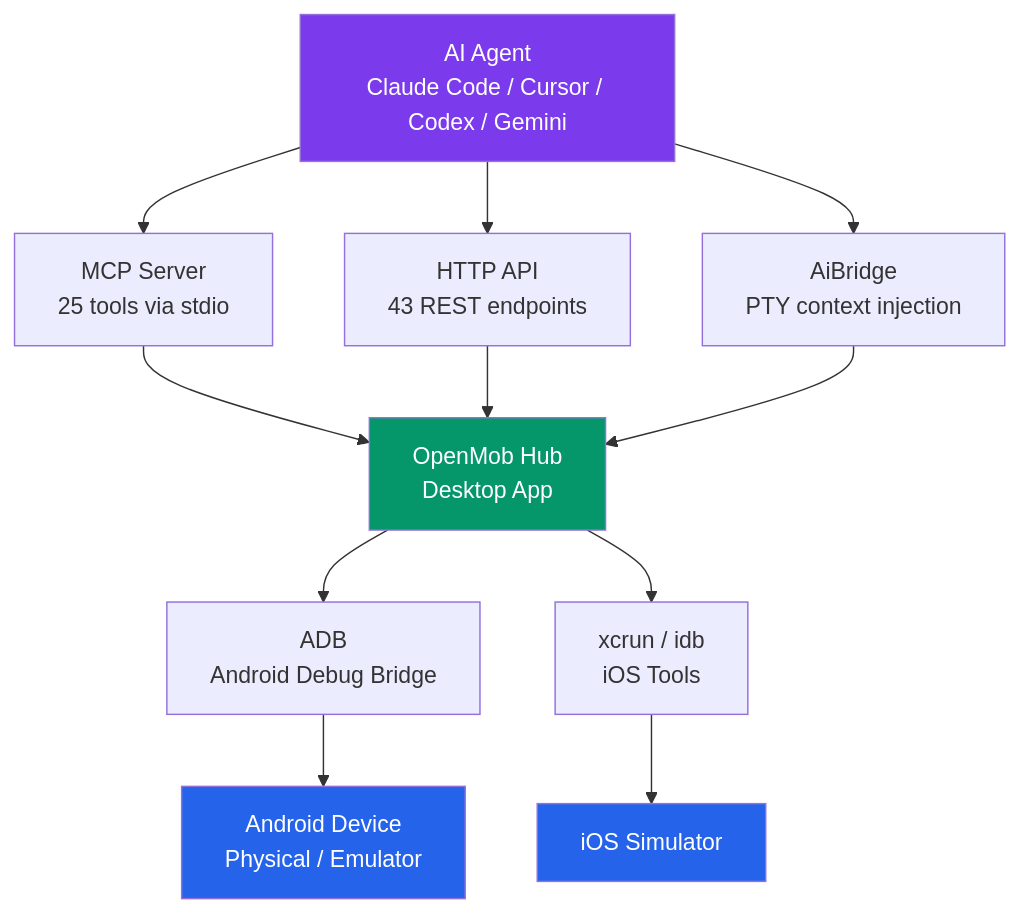
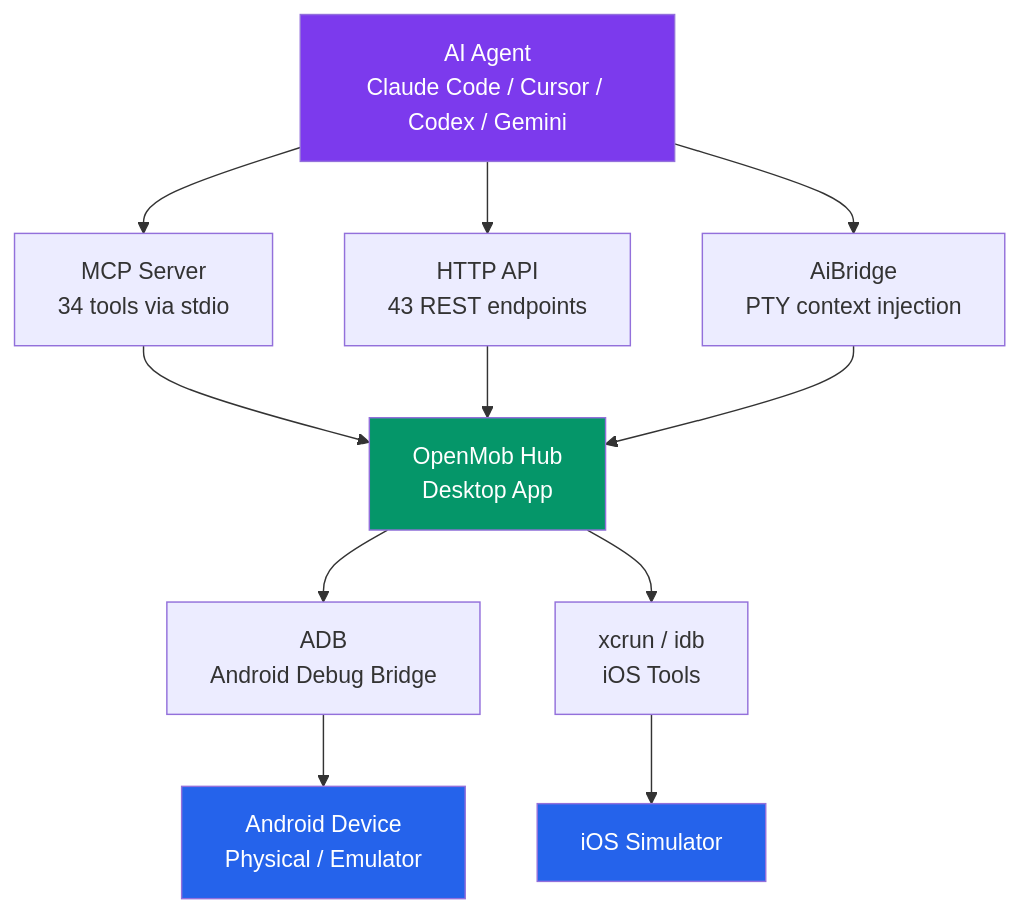
Before and after one commit to wm-jenildgohel/openmob: the diagram in README.md, drawn with Mermaid. The commit also changed other lines of this file and 2 other files, not shown here.

````diff
--- a/README.md
+++ b/README.md
@@ -39,18 +39,18 @@
 ```mermaid
 graph TD
-    A[AI Agent<br/>Claude Code / Cursor / Codex / Gemini] --> B[MCP Server<br/>25 tools via stdio]
+    A[AI Agent<br/>Claude Code / Cursor / Codex / Gemini] --> B[MCP Server<br/>34 tools via stdio]
     A --> C[HTTP API<br/>43 REST endpoints]
     A --> D[AiBridge<br/>PTY context injection]
     B --> E[OpenMob Hub<br/>Desktop App]
     C --> E
     D --> E
     E --> F[ADB<br/>Android Debug Bridge]
     E --> G[xcrun / idb<br/>iOS Tools]
     F --> H[Android Device<br/>Physical / Emulator]
     G --> I[iOS Simulator]
 
     style A fill:#7c3aed,color:#fff
     style E fill:#059669,color:#fff
     style H fill:#2563eb,color:#fff
     style I fill:#2563eb,color:#fff
 ```
````
